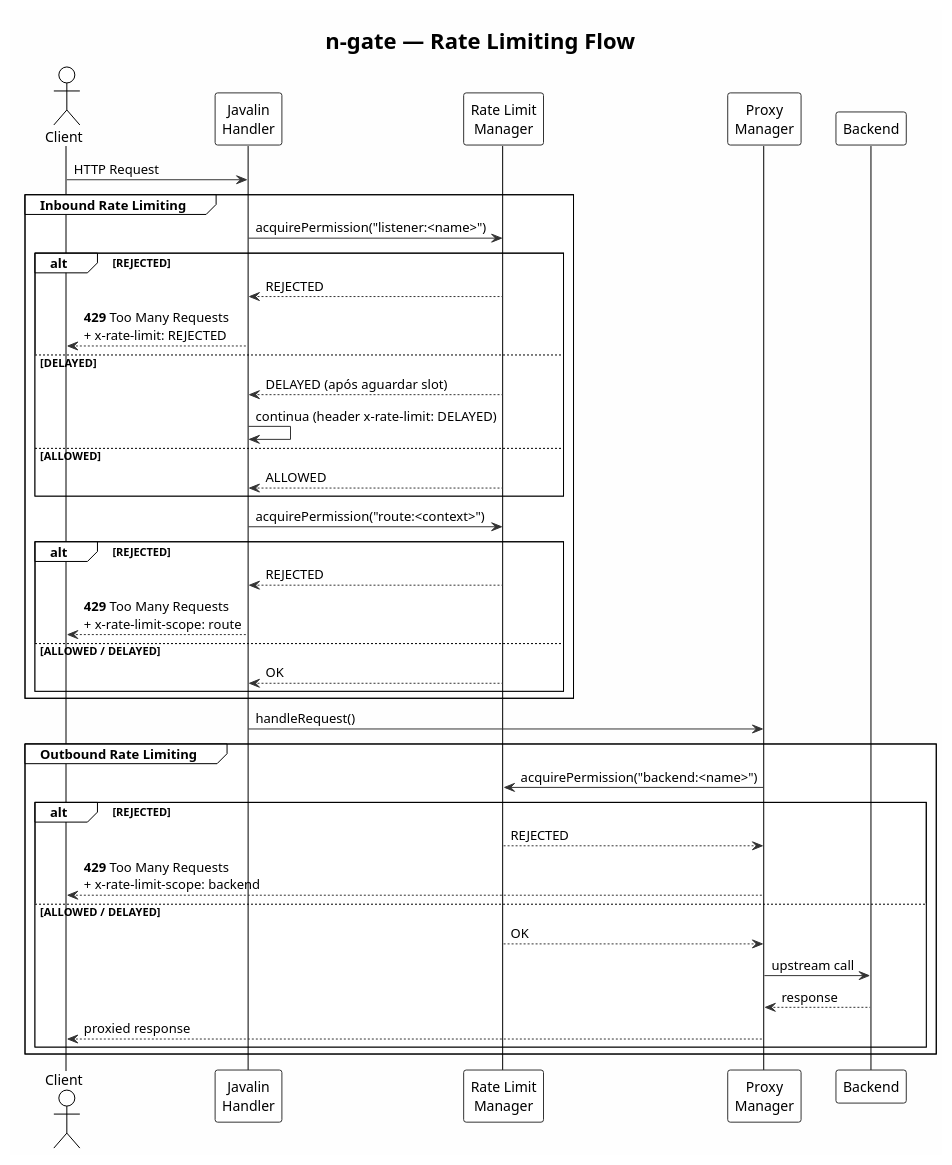
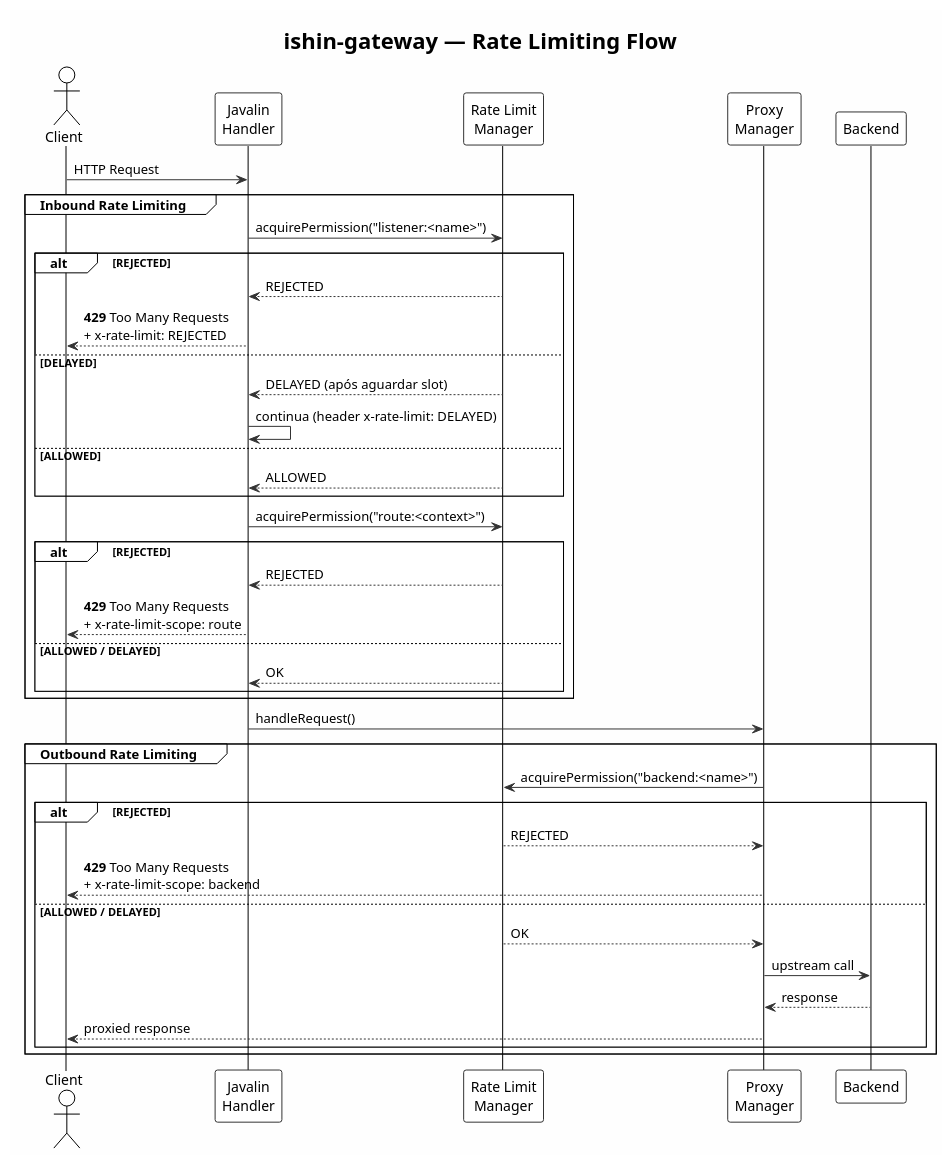
The diagram in docs/diagrams/rate_limiting.puml (nishisan-dev/ishin-gateway), drawn with PlantUML before and after one commit. The commit also changed 343 other files, not shown here.

First line of the commit message:
refactor: rename project from n-gate to ishin-gateway

```diff
--- a/docs/diagrams/rate_limiting.puml
+++ b/docs/diagrams/rate_limiting.puml
@@ -1,55 +1,55 @@
 @startuml rate_limiting
 !theme plain
-title n-gate — Rate Limiting Flow
+title ishin-gateway — Rate Limiting Flow
 
 skinparam backgroundColor #FEFEFE
 skinparam sequenceArrowColor #333333
 skinparam participantBorderColor #333333
 skinparam noteBackgroundColor #FFFFCC
 skinparam noteBorderColor #999999
 
 actor Client
 participant "Javalin\nHandler" as Handler
 participant "Rate Limit\nManager" as RL
 participant "Proxy\nManager" as Proxy
 participant "Backend" as Backend
 
 Client -> Handler : HTTP Request
 
 group Inbound Rate Limiting
     Handler -> RL : acquirePermission("listener:<name>")
     alt REJECTED
         RL --> Handler : REJECTED
         Handler --> Client : **429** Too Many Requests\n+ x-rate-limit: REJECTED
     else DELAYED
         RL --> Handler : DELAYED (após aguardar slot)
         Handler -> Handler : continua (header x-rate-limit: DELAYED)
     else ALLOWED
         RL --> Handler : ALLOWED
     end
 
     Handler -> RL : acquirePermission("route:<context>")
     alt REJECTED
         RL --> Handler : REJECTED
         Handler --> Client : **429** Too Many Requests\n+ x-rate-limit-scope: route
     else ALLOWED / DELAYED
         RL --> Handler : OK
     end
 end
 
 Handler -> Proxy : handleRequest()
 
 group Outbound Rate Limiting
     Proxy -> RL : acquirePermission("backend:<name>")
     alt REJECTED
         RL --> Proxy : REJECTED
         Proxy --> Client : **429** Too Many Requests\n+ x-rate-limit-scope: backend
     else ALLOWED / DELAYED
         RL --> Proxy : OK
         Proxy -> Backend : upstream call
         Backend --> Proxy : response
         Proxy --> Client : proxied response
     end
 end
 
 @enduml
```
